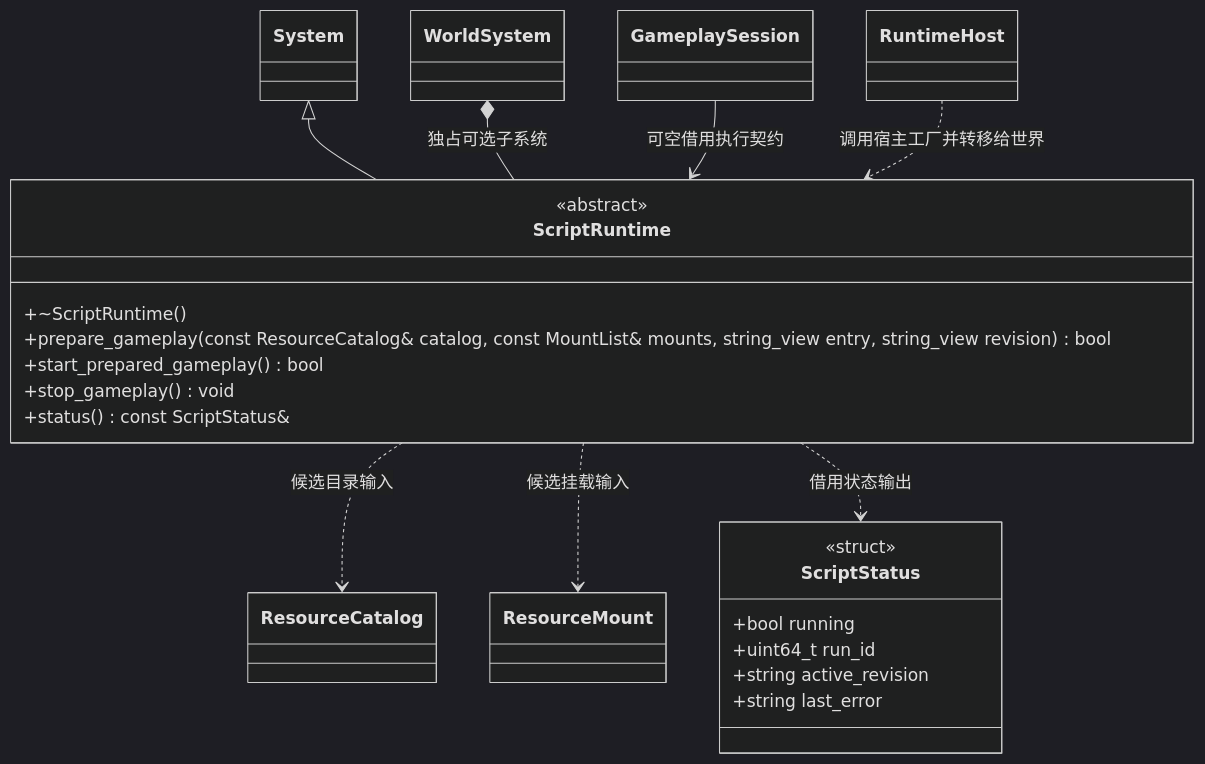
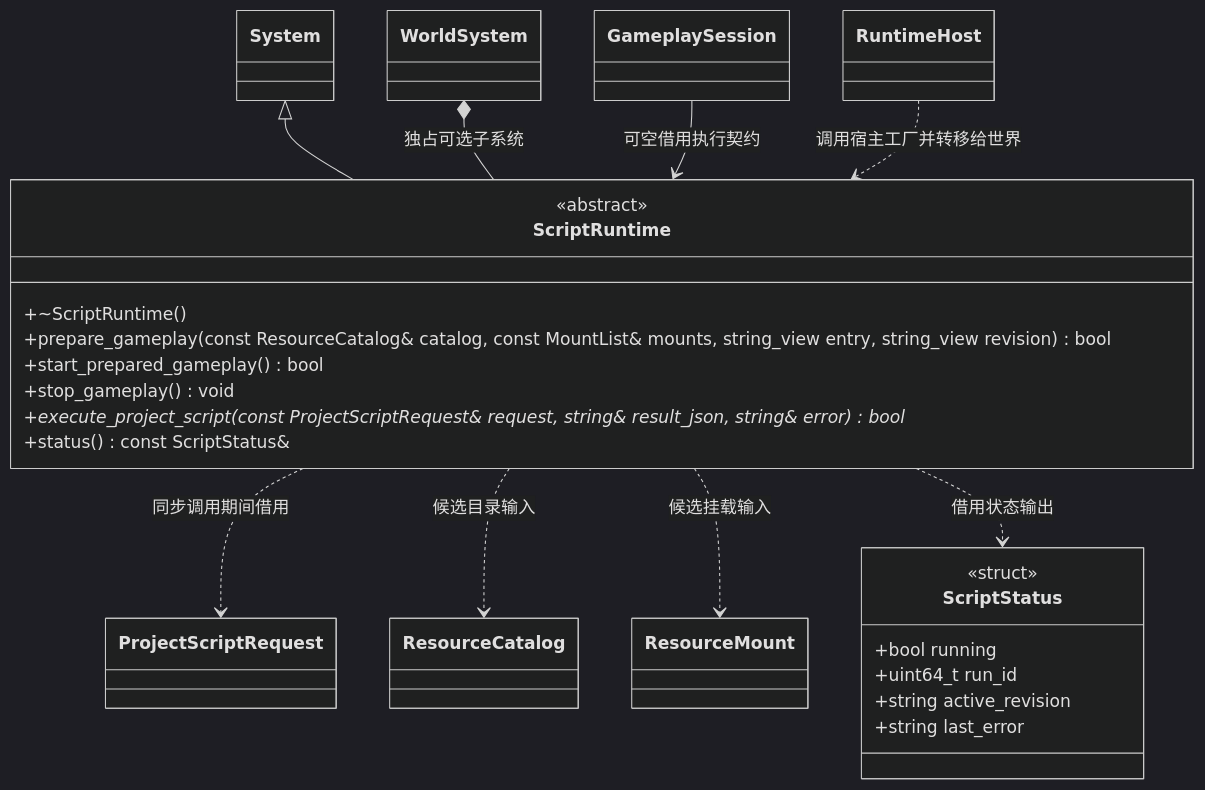
The diagram in docs/runtime/class-diagrams/script-runtime.md (lcals/Engine), drawn with Mermaid (dark theme) before and after one commit. The commit also changed 222 other files, not shown here.

Commit message:
Consolidate editor asset imports and align architecture documentation

````diff
--- a/docs/runtime/class-diagrams/script-runtime.md
+++ b/docs/runtime/class-diagrams/script-runtime.md
@@ -7,31 +7,34 @@
 ```mermaid
 classDiagram
+    class ProjectScriptRequest
+    ScriptRuntime ..> ProjectScriptRequest : 同步调用期间借用
     class ScriptRuntime {
         <<abstract>>
         +~ScriptRuntime()
         +prepare_gameplay(const ResourceCatalog& catalog, const MountList& mounts, string_view entry, string_view revision) bool
         +start_prepared_gameplay() bool
         +stop_gameplay() void
+        +execute_project_script(const ProjectScriptRequest& request, string& result_json, string& error) bool*
         +status() const ScriptStatus&
     }
     class ScriptStatus {
         <<struct>>
         +bool running
         +uint64_t run_id
         +string active_revision
         +string last_error
     }
     class System
     class ResourceCatalog
     class ResourceMount
     class GameplaySession
     class RuntimeHost
     class WorldSystem
     System <|-- ScriptRuntime
     WorldSystem *-- ScriptRuntime : 独占可选子系统
     GameplaySession --> ScriptRuntime : 可空借用执行契约
     RuntimeHost ..> ScriptRuntime : 调用宿主工厂并转移给世界
     ScriptRuntime ..> ResourceCatalog : 候选目录输入
     ScriptRuntime ..> ResourceMount : 候选挂载输入
     ScriptRuntime ..> ScriptStatus : 借用状态输出
 ```
````
